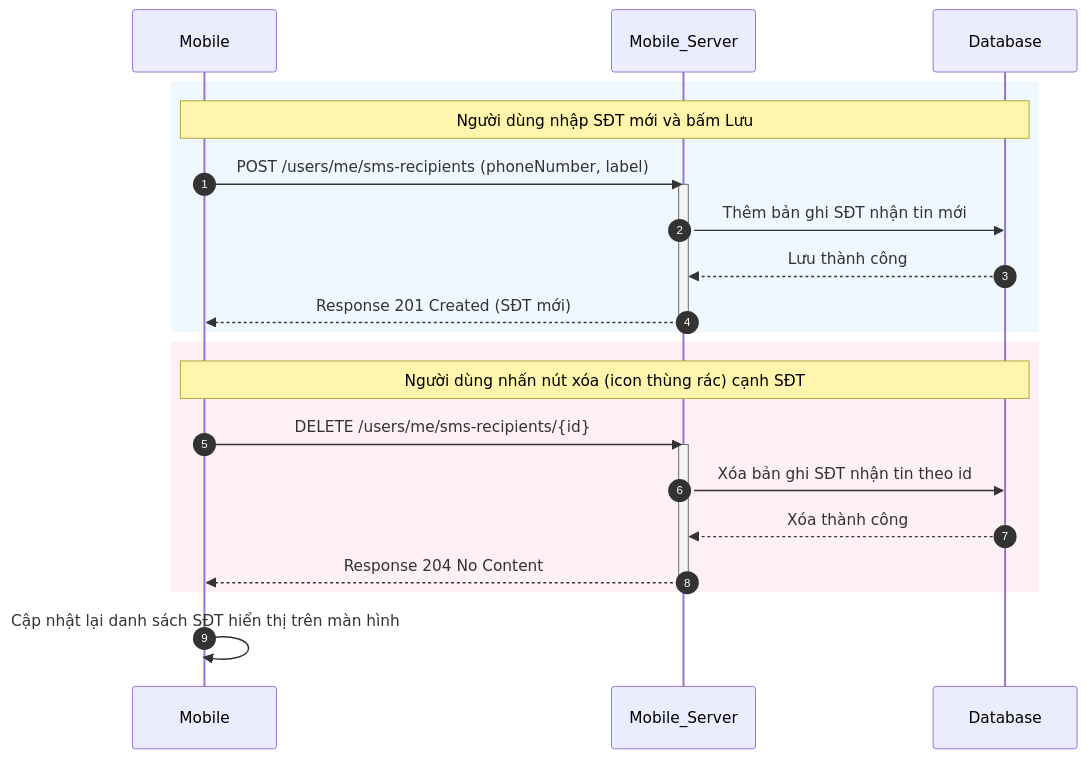
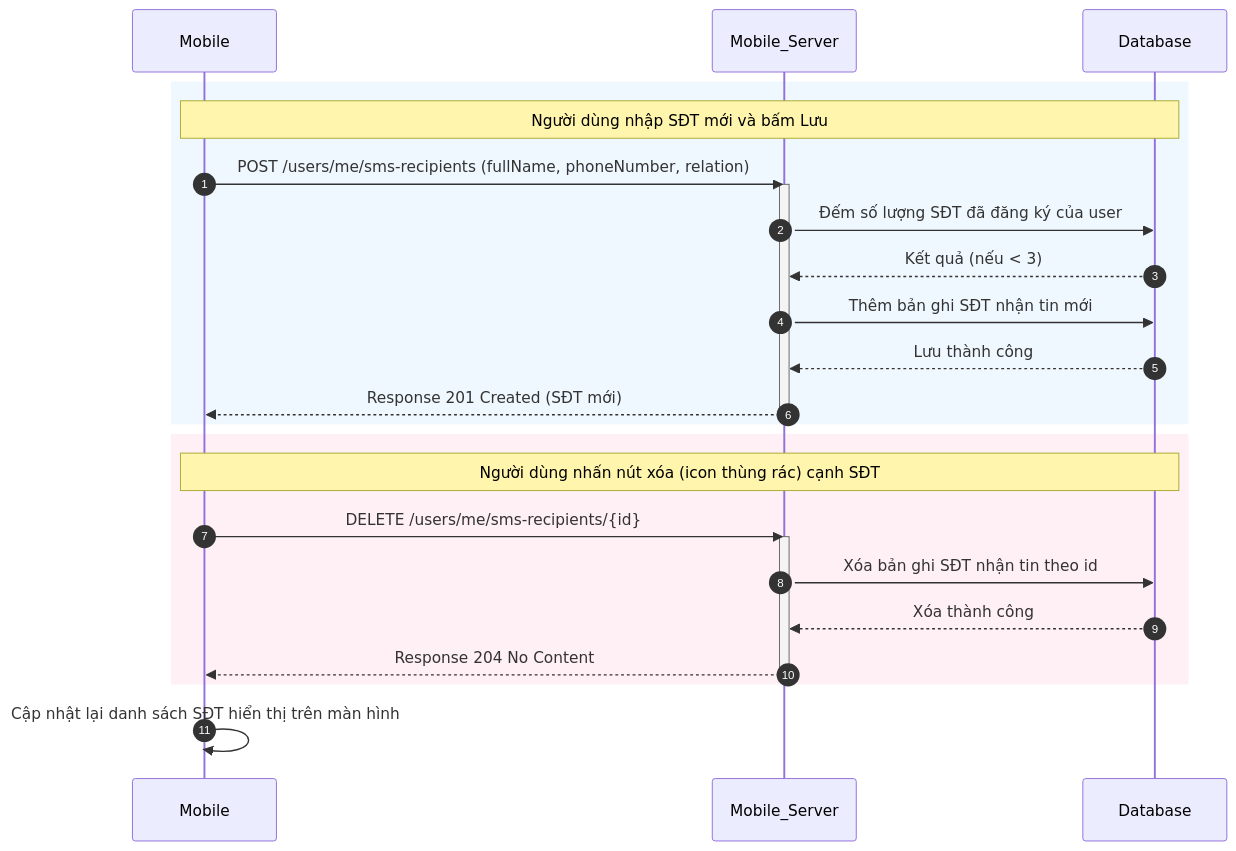
Diagram 17 of 18 in docs/sequence-diagram.md (trungnguyenthien/Wildlife-Warning-and-Deterrence-System), drawn with Mermaid before and after one commit. The commit also changed other lines of this file and 2 other files, not shown here.

Commit message:
docs: update sequence diagram, mobile API specifications, and Android app UI documentation

````diff
--- a/docs/sequence-diagram.md
+++ b/docs/sequence-diagram.md
@@ -548,30 +548,32 @@
 ```mermaid
 sequenceDiagram
     autonumber
     participant Mobile as Mobile
     participant Mobile_Server as Mobile_Server
     participant Database as Database
 
     %% THÊM SĐT
     rect rgb(240, 248, 255)
         Note over Mobile, Database: Người dùng nhập SĐT mới và bấm Lưu
-        Mobile->>Mobile_Server: POST /users/me/sms-recipients (phoneNumber, label)
+        Mobile->>Mobile_Server: POST /users/me/sms-recipients (fullName, phoneNumber, relation)
         activate Mobile_Server
+        Mobile_Server->>Database: Đếm số lượng SĐT đã đăng ký của user
+        Database-->>Mobile_Server: Kết quả (nếu < 3)
         Mobile_Server->>Database: Thêm bản ghi SĐT nhận tin mới
         Database-->>Mobile_Server: Lưu thành công
         Mobile_Server-->>Mobile: Response 201 Created (SĐT mới)
         deactivate Mobile_Server
     end
 
     %% XÓA SĐT
     rect rgb(255, 240, 245)
         Note over Mobile, Database: Người dùng nhấn nút xóa (icon thùng rác) cạnh SĐT
         Mobile->>Mobile_Server: DELETE /users/me/sms-recipients/{id}
         activate Mobile_Server
         Mobile_Server->>Database: Xóa bản ghi SĐT nhận tin theo id
         Database-->>Mobile_Server: Xóa thành công
         Mobile_Server-->>Mobile: Response 204 No Content
         deactivate Mobile_Server
     end
     Mobile->>Mobile: Cập nhật lại danh sách SĐT hiển thị trên màn hình
 ```
````
